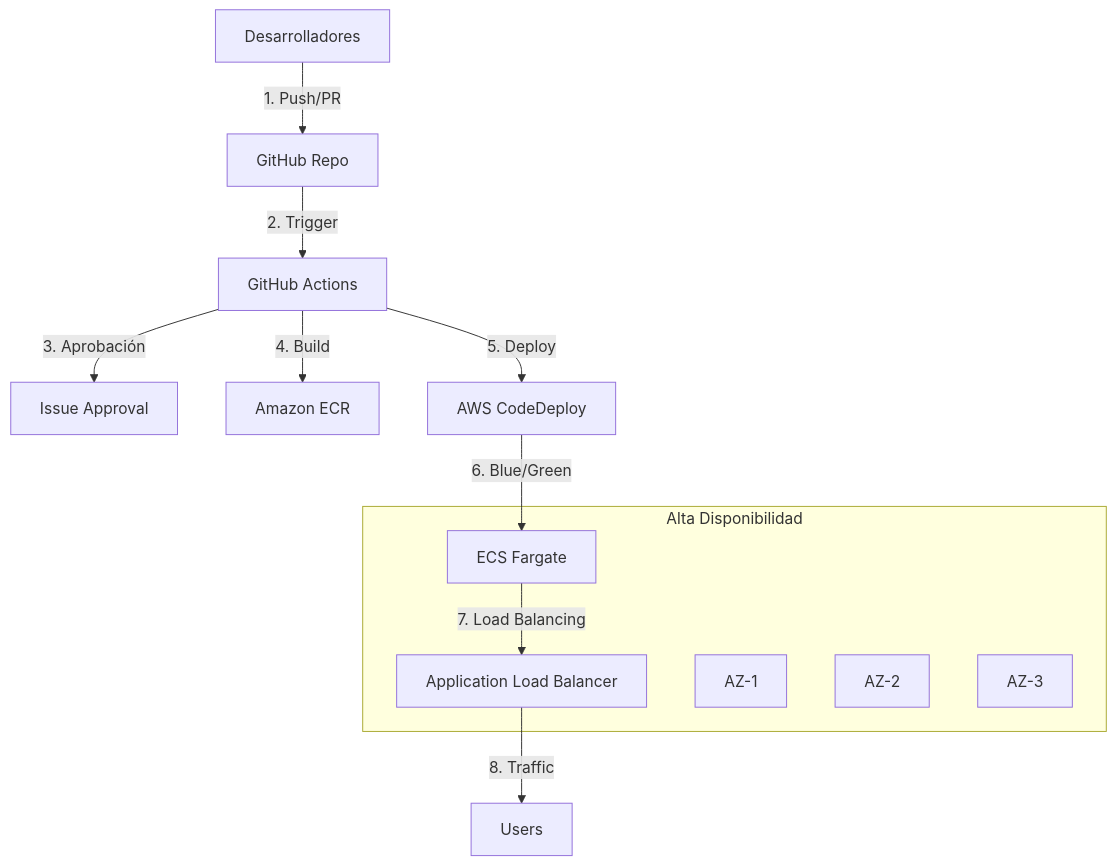
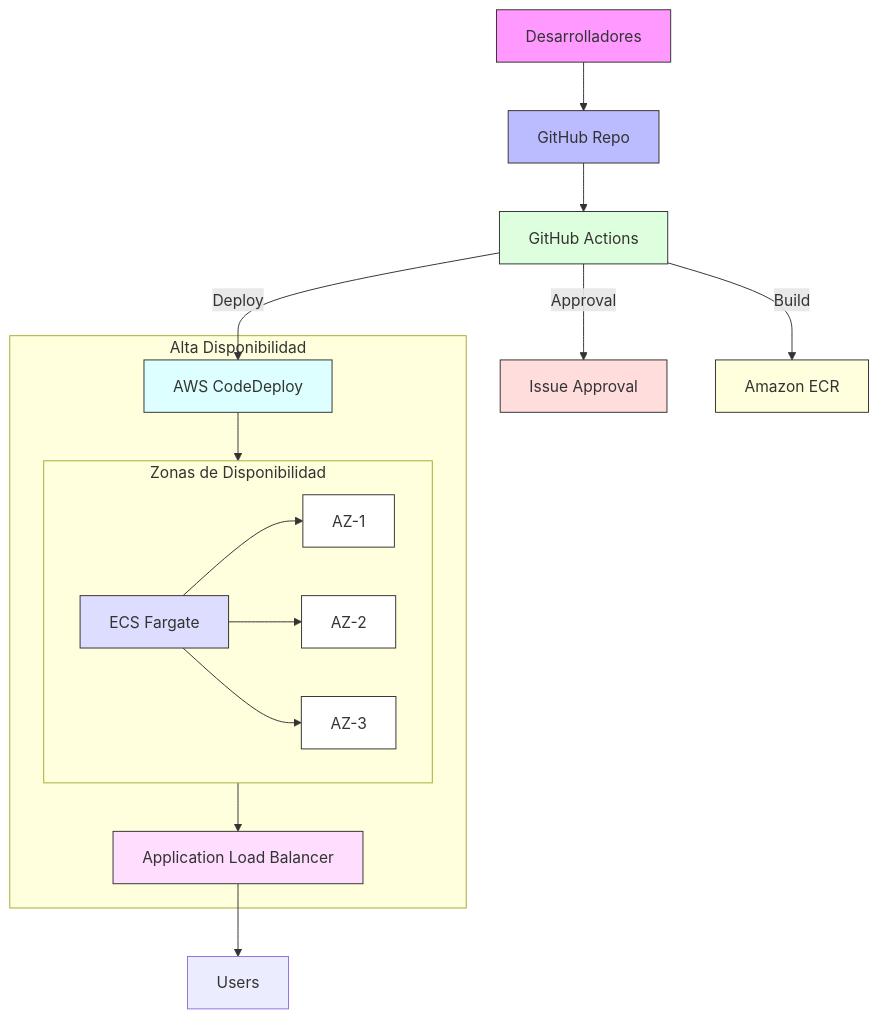
Before and after one commit to jm0077/Assessment_Legalario: the diagram in README.md, drawn with Mermaid.

Commit message:
README.md updated

````diff
--- a/README.md
+++ b/README.md
@@ -7,19 +7,35 @@
 ```mermaid
-graph TD
-    A[Desarrolladores] -->|1. Push/PR| B[GitHub Repo]
-    B -->|2. Trigger| C[GitHub Actions]
-    C -->|3. Aprobación| D[Issue Approval]
-    C -->|4. Build| E[Amazon ECR]
-    C -->|5. Deploy| F[AWS CodeDeploy]
-    F -->|6. Blue/Green| G[ECS Fargate]
-    G -->|7. Load Balancing| H[Application Load Balancer]
-    H -->|8. Traffic| I[Users]
+flowchart TD
+    Dev[Desarrolladores] --> Repo[GitHub Repo]
+    Repo --> Actions[GitHub Actions]
+    
+    Actions -->|Approval| Issue[Issue Approval]
+    Actions -->|Build| ECR[Amazon ECR]
+    Actions -->|Deploy| Deploy[AWS CodeDeploy]
+    
+    subgraph "Alta Disponibilidad"
+        Deploy --> Fargate[ECS Fargate]
+        Fargate --> ALB[Application Load Balancer]
+        
+        subgraph "Zonas de Disponibilidad"
+            direction LR
+            Fargate --> AZ1[AZ-1]
+            Fargate --> AZ2[AZ-2]
+            Fargate --> AZ3[AZ-3]
+        end
+    end
+    
+    ALB --> Users[Users]
 
-    subgraph "Alta Disponibilidad"
-        H
-        G
-        J[AZ-1]
-        K[AZ-2]
-        L[AZ-3]
-    end
+    style Dev fill:#f9f,stroke:#333
+    style Repo fill:#bbf,stroke:#333
+    style Actions fill:#dfd,stroke:#333
+    style Issue fill:#fdd,stroke:#333
+    style ECR fill:#ffd,stroke:#333
+    style Deploy fill:#dff,stroke:#333
+    style Fargate fill:#ddf,stroke:#333
+    style ALB fill:#fdf,stroke:#333
+    style AZ1 fill:#fff,stroke:#333
+    style AZ2 fill:#fff,stroke:#333
+    style AZ3 fill:#fff,stroke:#333
 ```
````
